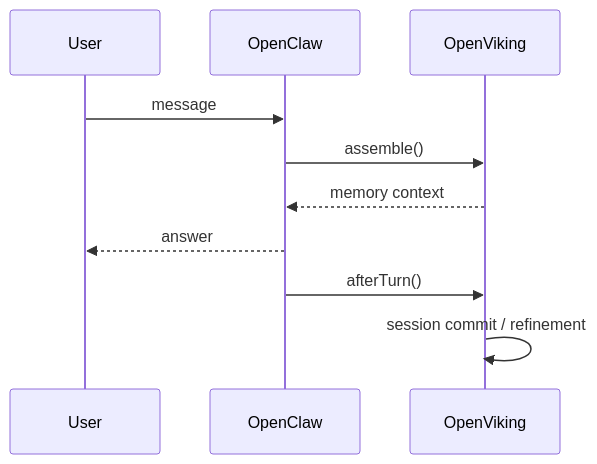
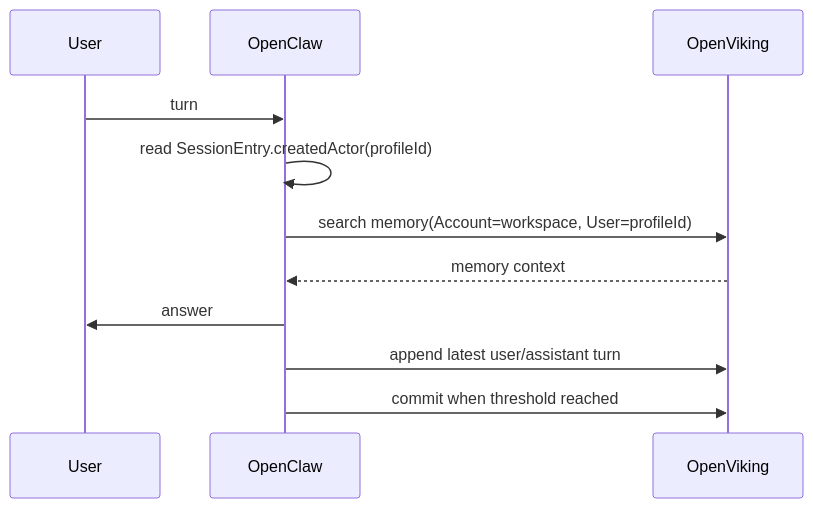
Before and after one commit to superbuzzy/Weknora-Semantica: the third of 3 diagrams in cobra-knowledge/ARCHITECTURE.md, drawn with Mermaid. The commit also changed other lines of this file and 43 other files, not shown here.

First line of the commit message:
LeeClaw v0.6 — OpenClaw 单一账号 + Identity-aware Memory

````diff
--- a/cobra-knowledge/ARCHITECTURE.md
+++ b/cobra-knowledge/ARCHITECTURE.md
@@ -143,13 +165,14 @@
 ```mermaid
 sequenceDiagram
     participant U as User
-    participant O as OpenClaw
-    participant V as OpenViking
+    participant OC as OpenClaw
+    participant OV as OpenViking
 
-    U->>O: message
-    O->>V: assemble()
-    V-->>O: memory context
-    O-->>U: answer
-    O->>V: afterTurn()
-    V->>V: session commit / refinement
+    U->>OC: turn
+    OC->>OC: read SessionEntry.createdActor(profileId)
+    OC->>OV: search memory(Account=workspace, User=profileId)
+    OV-->>OC: memory context
+    OC->>U: answer
+    OC->>OV: append latest user/assistant turn
+    OC->>OV: commit when threshold reached
 ```
````
